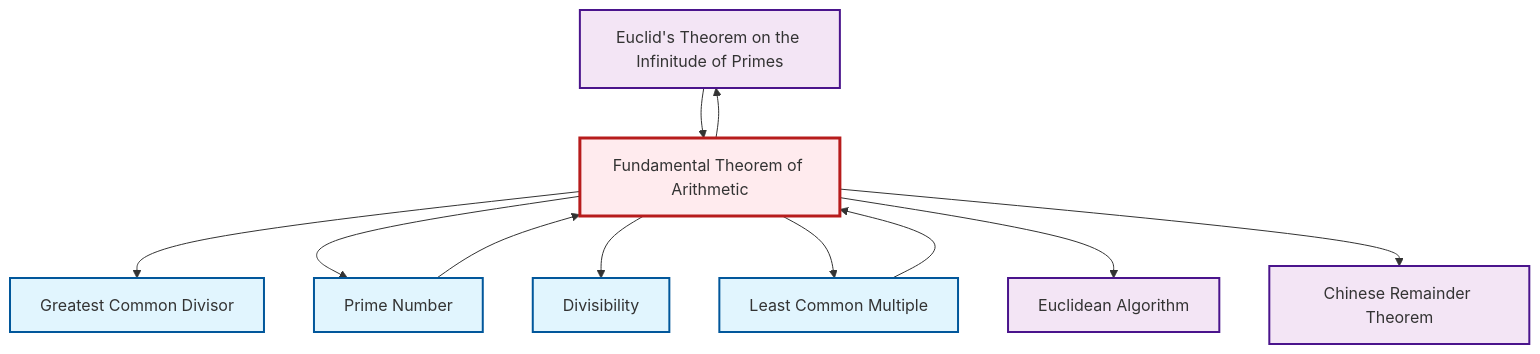
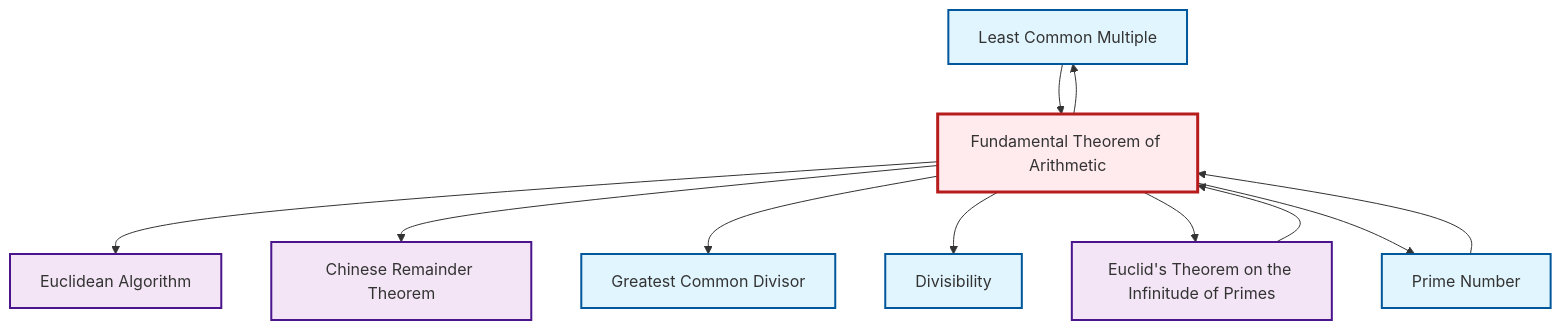
The diagram in output/mermaid/en/thm-fundamental-arithmetic.mermaid (RK0429/ModernMath), drawn with Mermaid before and after one commit. The commit also changed other lines of this file and 1712 other files, not shown here.

```diff
--- a/output/mermaid/en/thm-fundamental-arithmetic.mermaid
+++ b/output/mermaid/en/thm-fundamental-arithmetic.mermaid
@@ -1,25 +1,25 @@
 graph TD
     classDef definition fill:#e1f5fe,stroke:#01579b,stroke-width:2px
     classDef theorem fill:#f3e5f5,stroke:#4a148c,stroke-width:2px
     classDef axiom fill:#fff3e0,stroke:#e65100,stroke-width:2px
     classDef example fill:#e8f5e9,stroke:#1b5e20,stroke-width:2px
     classDef current fill:#ffebee,stroke:#b71c1c,stroke-width:3px
-    thm-euclid-infinitude-primes["Euclid's Theorem on the Infinitude of Primes"]:::theorem
-    thm-fundamental-arithmetic["Fundamental Theorem of Arithmetic"]:::theorem
-    thm-chinese-remainder["Chinese Remainder Theorem"]:::theorem
-    def-prime["Prime Number"]:::definition
-    def-gcd["Greatest Common Divisor"]:::definition
+    thm-euclidean-algorithm["Euclidean Algorithm"]:::theorem
     def-lcm["Least Common Multiple"]:::definition
     def-divisibility["Divisibility"]:::definition
-    thm-euclidean-algorithm["Euclidean Algorithm"]:::theorem
+    thm-fundamental-arithmetic["Fundamental Theorem of Arithmetic"]:::theorem
+    def-prime["Prime Number"]:::definition
+    thm-euclid-infinitude-primes["Euclid's Theorem on the Infinitude of Primes"]:::theorem
+    thm-chinese-remainder["Chinese Remainder Theorem"]:::theorem
+    def-gcd["Greatest Common Divisor"]:::definition
+    thm-fundamental-arithmetic --> thm-euclidean-algorithm
+    thm-fundamental-arithmetic --> thm-chinese-remainder
     thm-fundamental-arithmetic --> def-gcd
     def-lcm --> thm-fundamental-arithmetic
+    def-prime --> thm-fundamental-arithmetic
+    thm-fundamental-arithmetic --> def-divisibility
     thm-euclid-infinitude-primes --> thm-fundamental-arithmetic
+    thm-fundamental-arithmetic --> def-lcm
+    thm-fundamental-arithmetic --> thm-euclid-infinitude-primes
     thm-fundamental-arithmetic --> def-prime
-    thm-fundamental-arithmetic --> def-divisibility
-    def-prime --> thm-fundamental-arithmetic
-    thm-fundamental-arithmetic --> def-lcm
-    thm-fundamental-arithmetic --> thm-euclidean-algorithm
-    thm-fundamental-arithmetic --> thm-chinese-remainder
-    thm-fundamental-arithmetic --> thm-euclid-infinitude-primes
     class thm-fundamental-arithmetic current
```
